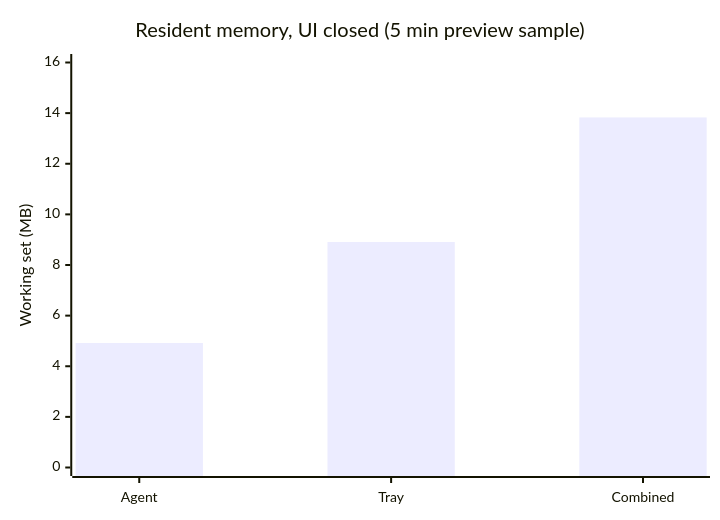
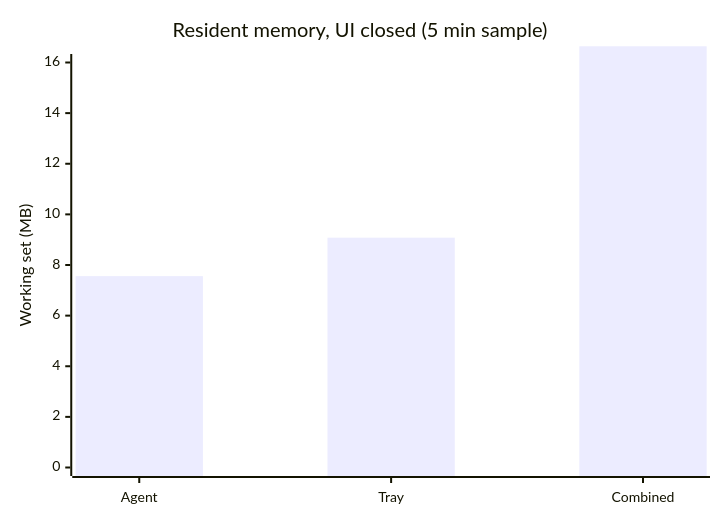
One commit to 4ismael1/powershift changed the diagram in README.md. Above: the diagram before and after it, drawn with Mermaid. The commit also changed other lines of this file and 74 other files, not shown here.

````diff
--- a/README.md
+++ b/README.md
@@ -102,7 +108,7 @@
 ```mermaid
 xychart-beta
-  title "Resident memory, UI closed (5 min preview sample)"
+  title "Resident memory, UI closed (5 min sample)"
   x-axis ["Agent", "Tray", "Combined"]
   y-axis "Working set (MB)" 0 --> 16
-  bar [4.92, 8.91, 13.83]
+  bar [7.56, 9.08, 16.64]
 ```
````
